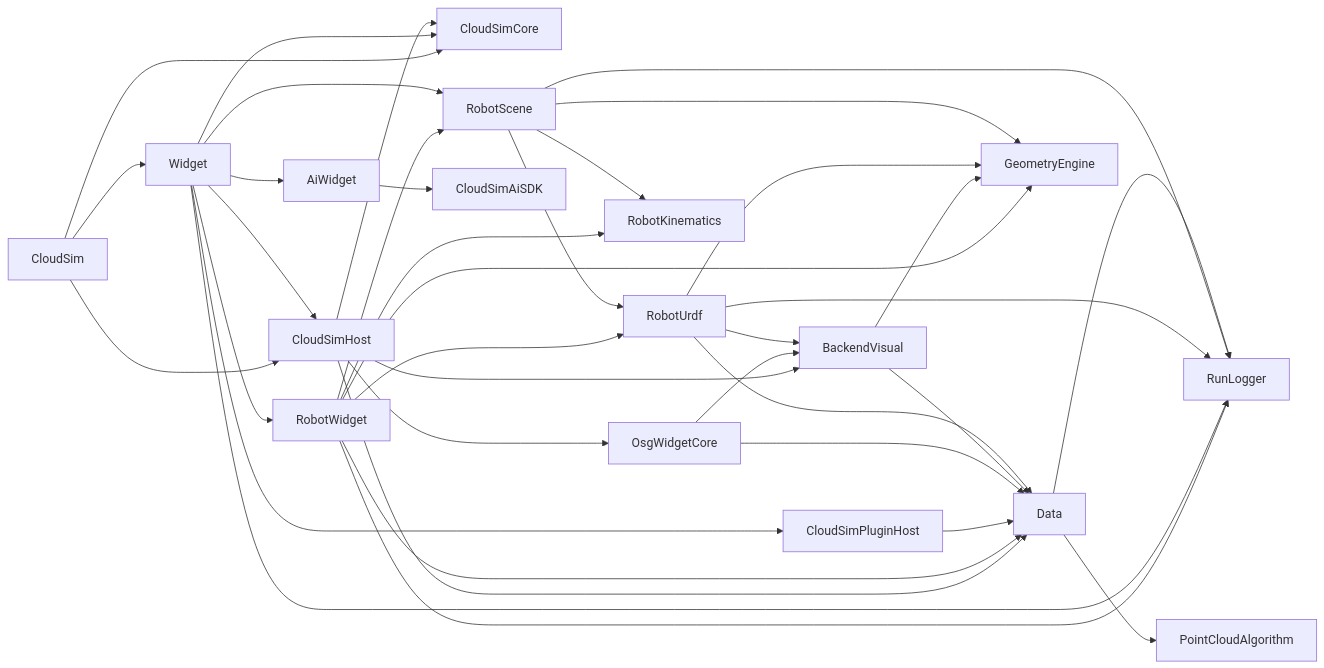
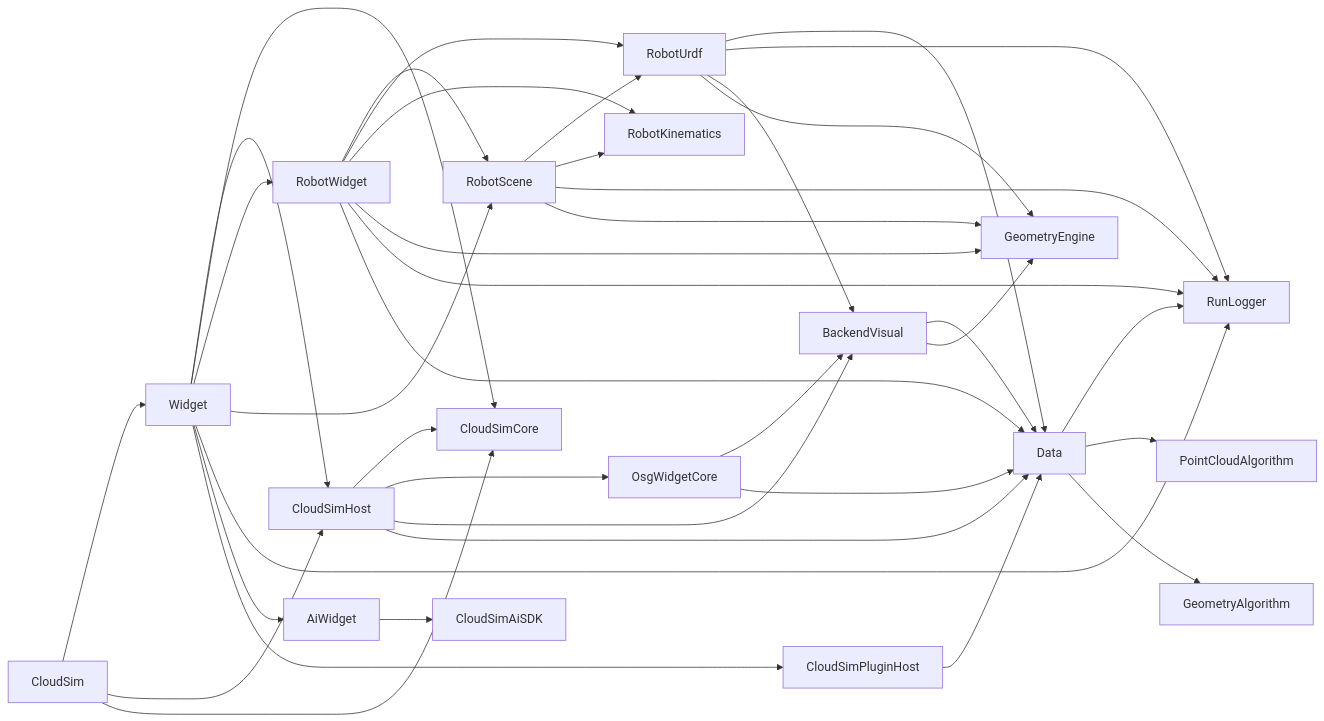
The fourth of 11 diagrams in ARCHITECTURE_SUMMARY.md (sanmunejdn/CloudSim), drawn with Mermaid before and after one commit. The commit also changed other lines of this file and 178 other files, not shown here.

````diff
--- a/ARCHITECTURE_SUMMARY.md
+++ b/ARCHITECTURE_SUMMARY.md
@@ -361,43 +383,44 @@
 ```mermaid
 flowchart LR
     CloudSim --> Widget
     CloudSim --> Host[CloudSimHost]
     CloudSim --> Core[CloudSimCore]
     Widget --> Host
     Widget --> Core
     Host --> Core
     Host --> OsgWidgetCore
     Host --> BackendVisual
     Host --> Data
     Widget --> RobotWidget
     RobotWidget --> RobotScene
     RobotWidget --> RobotUrdf
     RobotWidget --> RobotKinematics
     RobotWidget --> GeometryEngine
     RobotWidget --> RunLogger
     RobotWidget --> Data
     Widget --> RobotScene
     Widget --> RunLogger
     Widget --> AiWidget
     AiWidget --> CloudSimAiSDK
     Widget --> CloudSimPluginHost
     CloudSimPluginHost --> Data
 
     OsgWidgetCore --> BackendVisual
     OsgWidgetCore --> Data
     BackendVisual --> Data
     BackendVisual --> GeometryEngine
 
     RobotUrdf --> Data
     RobotUrdf --> RunLogger
     RobotUrdf --> BackendVisual
     RobotUrdf --> GeometryEngine
 
     RobotScene --> RobotUrdf
     RobotScene --> RobotKinematics
     RobotScene --> RunLogger
     RobotScene --> GeometryEngine
 
     Data --> RunLogger
     Data --> PointCloudAlgorithm
+    Data --> GeometryAlgorithm
 ```
````
